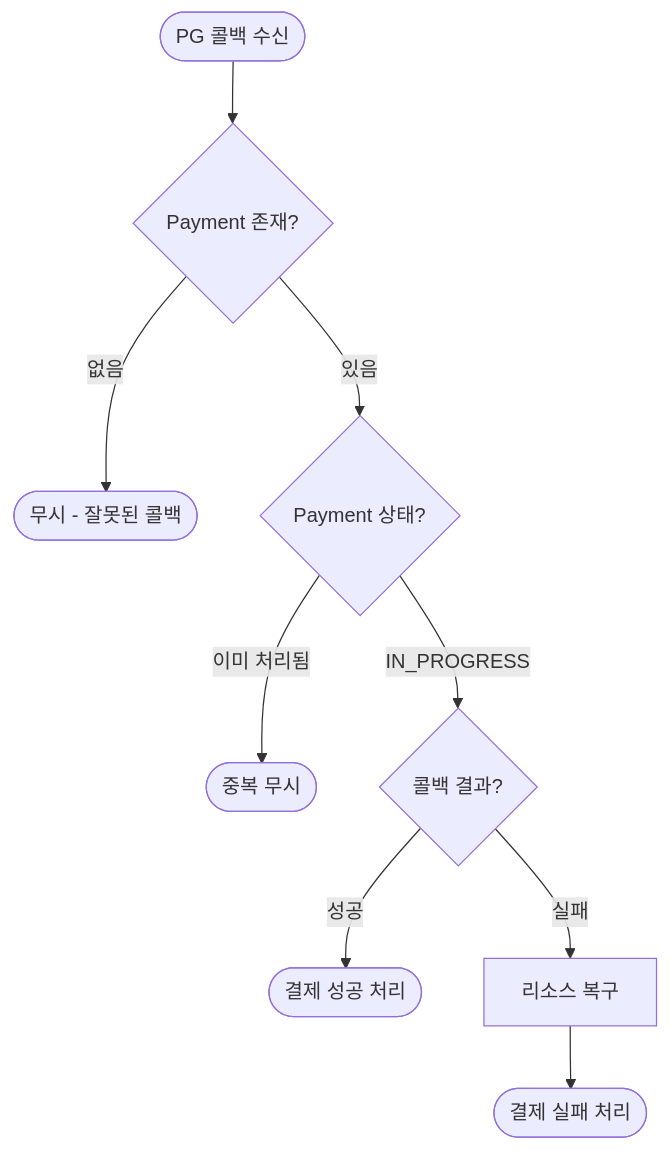
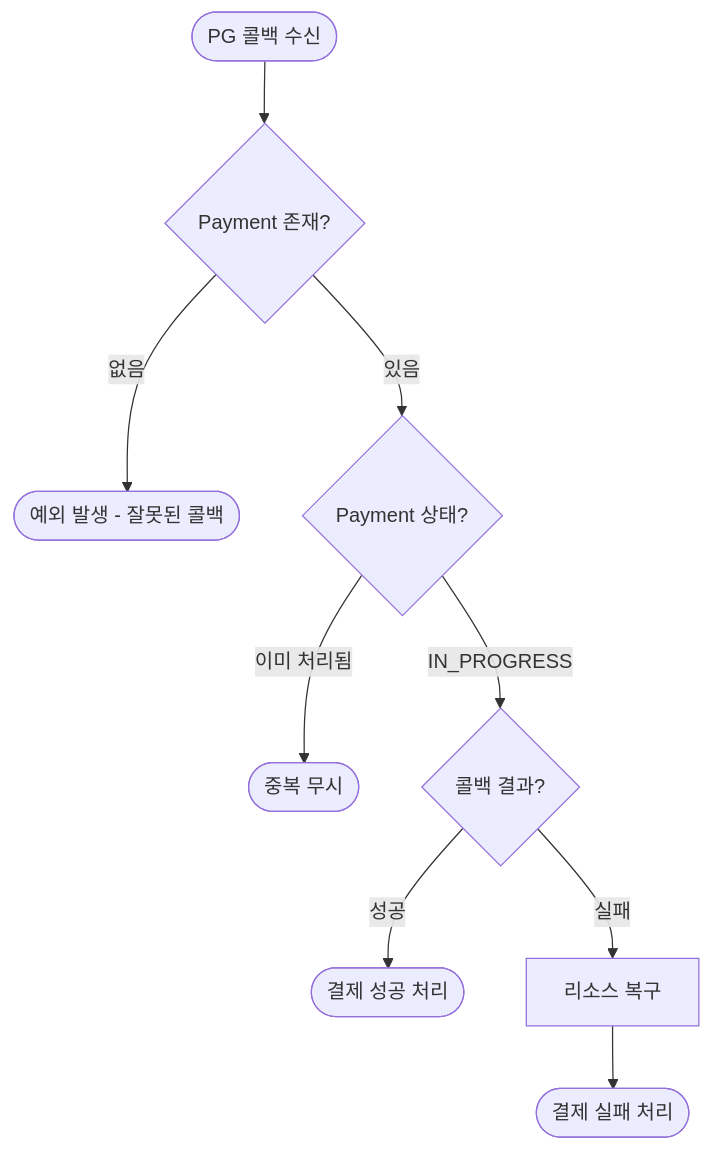
The second of 3 diagrams in docs/week6/상세_설계_문서_PG연동.md (Loopers-dev-lab/loopers-spring-kotlin-template), drawn with Mermaid before and after one commit. The commit also changed other lines of this file, not shown here.

````diff
--- a/docs/week6/상세_설계_문서_PG연동.md
+++ b/docs/week6/상세_설계_문서_PG연동.md
@@ -32,14 +29,11 @@
 ```mermaid
 flowchart TD
     Start([PG 콜백 수신]) --> FindPayment{Payment 존재?}
-    
-    FindPayment -->|없음| End0([무시 - 잘못된 콜백])
+    FindPayment -->|없음| End0([예외 발생 - 잘못된 콜백])
     FindPayment -->|있음| CheckStatus{Payment 상태?}
-    
     CheckStatus -->|이미 처리됨| End1([중복 무시])
     CheckStatus -->|IN_PROGRESS| CheckResult{콜백 결과?}
-    
     CheckResult -->|성공| End2([결제 성공 처리])
     CheckResult -->|실패| Rollback[리소스 복구]
     Rollback --> End3([결제 실패 처리])
 ```
````
